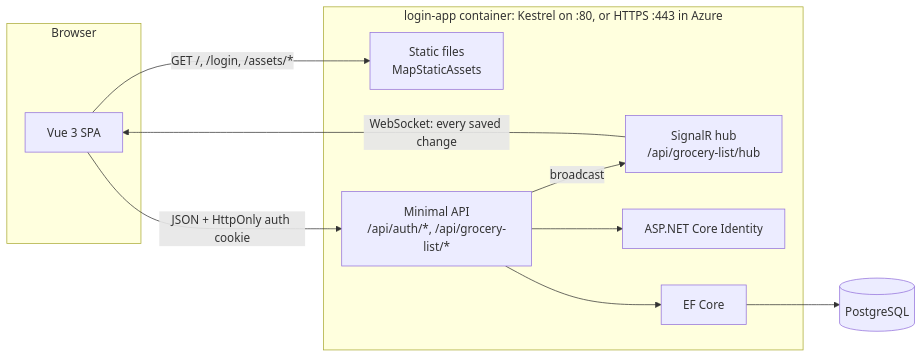
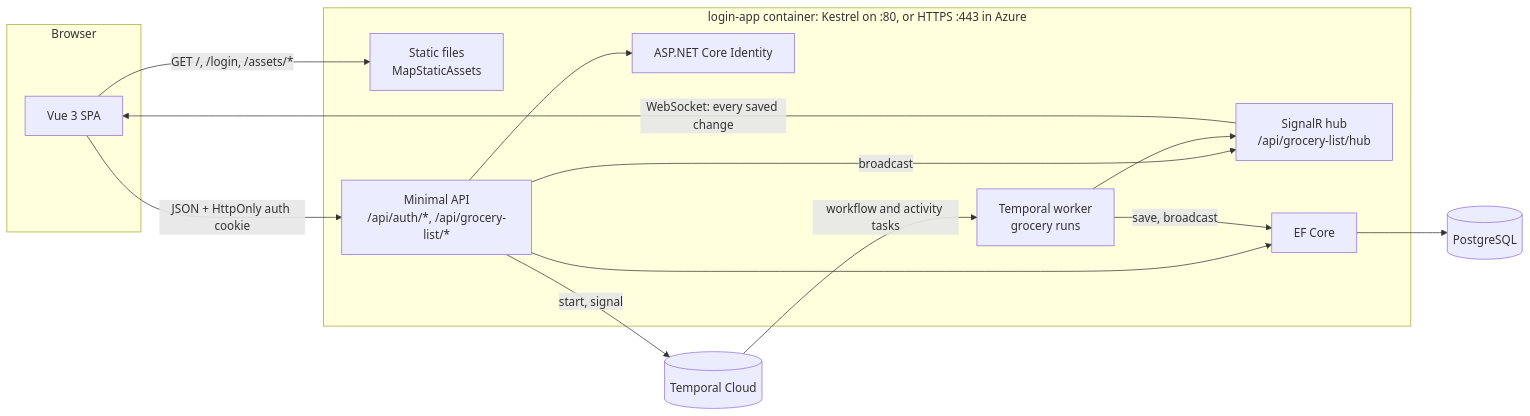
Before and after one commit to biffkittz/login-app: the first of 7 diagrams in docs/ARCHITECTURE.md, drawn with Mermaid. The commit also changed other lines of this file and 125 other files, not shown here.

````diff
--- a/docs/ARCHITECTURE.md
+++ b/docs/ARCHITECTURE.md
@@ -10,19 +10,24 @@
 ```mermaid
 flowchart LR
   subgraph browser[Browser]
     spa[Vue 3 SPA]
   end
   subgraph container[login-app container: Kestrel on :80, or HTTPS :443 in Azure]
     static[Static files<br/>MapStaticAssets]
     api[Minimal API<br/>/api/auth/*, /api/grocery-list/*]
     hub[SignalR hub<br/>/api/grocery-list/hub]
     identity[ASP.NET Core Identity]
     ef[EF Core]
+    worker[Temporal worker<br/>grocery runs]
   end
   spa -- "GET /, /login, /assets/*" --> static
   spa -- "JSON + HttpOnly auth cookie" --> api
   hub -- "WebSocket: every saved change" --> spa
   api -- "broadcast" --> hub
   api --> identity
   api --> ef --> pg[(PostgreSQL)]
+  api -- "start, signal" --> temporal[(Temporal Cloud)]
+  temporal -- "workflow and activity tasks" --> worker
+  worker -- "save, broadcast" --> ef
+  worker --> hub
 ```
````
